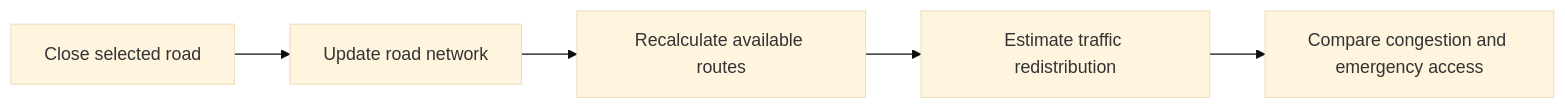
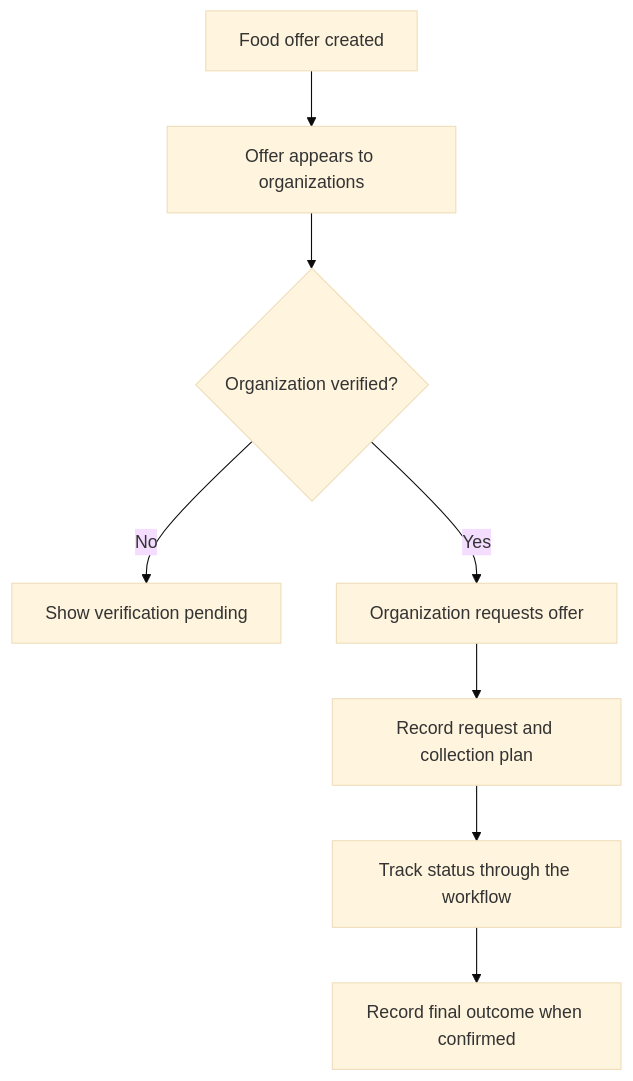
One commit to 1900690105/smartpantryai changed the fifth of 6 diagrams in README.md. Above: the diagram before and after it, drawn with Mermaid (base theme). The commit also changed other lines of this file, not shown here.

````diff
--- a/README.md
+++ b/README.md
@@ -378,7 +225,10 @@
 ```mermaid
-flowchart LR
-    A["Close selected road"] --> B["Update road network"]
-    B --> C["Recalculate available routes"]
-    C --> D["Estimate traffic redistribution"]
-    D --> E["Compare congestion and emergency access"]
+flowchart TD
+    A["Food offer created"] --> B["Offer appears to organizations"]
+    B --> C{"Organization verified?"}
+    C -->|No| D["Show verification pending"]
+    C -->|Yes| E["Organization requests offer"]
+    E --> F["Record request and collection plan"]
+    F --> G["Track status through the workflow"]
+    G --> H["Record final outcome when confirmed"]
 ```
````
